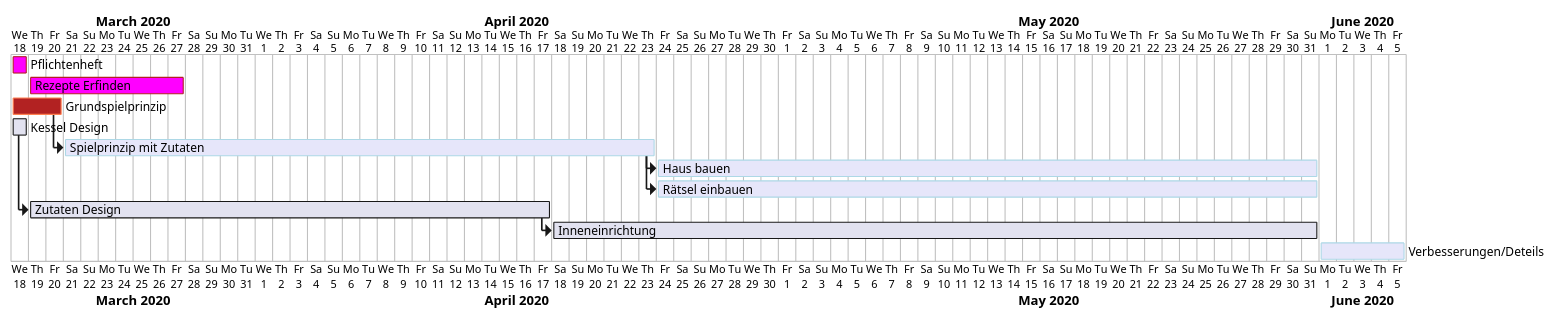
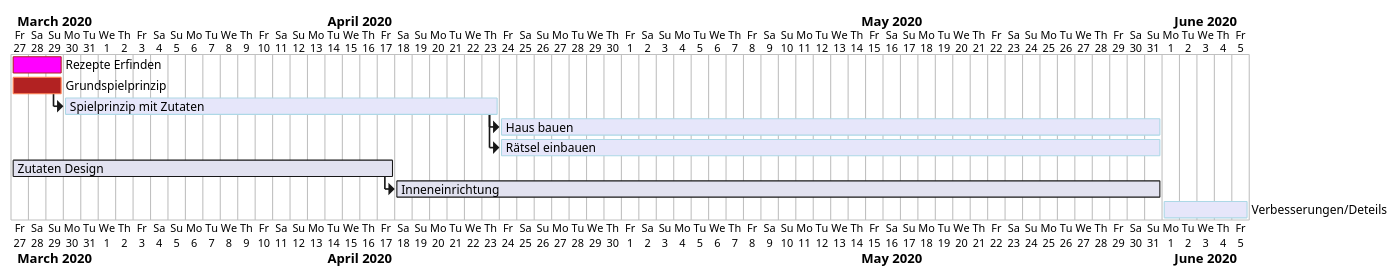
Before and after one commit to 1920-3ahitm-itp/VR-Escape-Room: the third of 3 diagrams in asciidocs/index.adoc, drawn with PlantUML. The commit also changed other lines of this file, not shown here.

Commit message:
pflichtenheft update

```diff
--- a/asciidocs/index.adoc
+++ b/asciidocs/index.adoc
@@ -148,33 +148,29 @@
 [plantuml,gantt-protoype,png]
 ----
 @startgantt
-project starts the 2020/03/18
-[Pflichtenheft] lasts 1 days
-[Rezepte Erfinden] lasts 9 days
+project starts the 2020/03/27
+[Rezepte Erfinden] lasts 3 days
 [Grundspielprinzip] lasts 3 days
-[Kessel Design] lasts 1 day
-[Spielprinzip mit Zutaten] lasts 34 days
+[Spielprinzip mit Zutaten] lasts 25 days
 [Haus bauen] lasts 38 days
 [Rätsel einbauen] lasts 38 days
-[Zutaten Design] lasts 30 days
+[Zutaten Design] lasts 22 days
 [Inneneinrichtung] lasts 44 days
 [Verbesserungen/Deteils] lasts 5 days
 
 
 [Rezepte Erfinden] starts on 2020/03/19
 [Verbesserungen/Deteils] starts on 2020/06/01
 [Spielprinzip mit Zutaten] starts at [Grundspielprinzip]'s end
-[Zutaten Design] starts at [Kessel Design]'s end
 [Inneneinrichtung] starts at [Zutaten Design]'s end
 [Haus bauen] starts at [Spielprinzip mit Zutaten]'s end
 [Rätsel einbauen] starts at [Spielprinzip mit Zutaten]'s end
 
-[Pflichtenheft] is colored in Fuchsia/FireBrick
 [Rezepte Erfinden] is colored in Fuchsia/FireBrick
 [Grundspielprinzip] is colored in FireBrick/Coral
 [Spielprinzip mit Zutaten] is colored in Lavender/LightBlue
 [Haus bauen] is colored in Lavender/LightBlue
 [Rätsel einbauen] is colored in Lavender/LightBlue
 [Verbesserungen/Deteils] is colored in Lavender/LightBlue
 @endgantt
 ----
```
